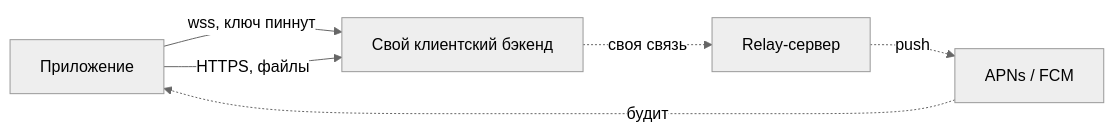
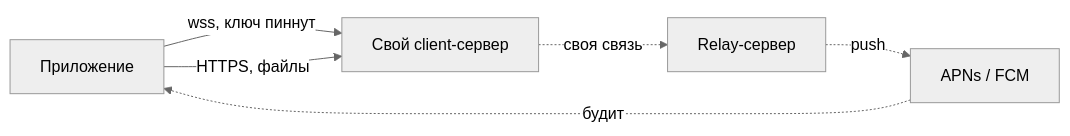
One commit to cyphernet-labs/nox-app changed the first of 3 diagrams in docs/preview/client-backend-connect/client-backend-connect-preview.md. Above: the diagram before and after it, drawn with Mermaid (neutral theme). The commit also changed other lines of this file and 9 other files, not shown here.

First line of the commit message:
docs: unify the client backend as client-сервер

````diff
--- a/docs/preview/client-backend-connect/client-backend-connect-preview.md
+++ b/docs/preview/client-backend-connect/client-backend-connect-preview.md
@@ -25,8 +25,8 @@
 ```mermaid
 flowchart LR
-  APP["Приложение"] -->|"wss, ключ пиннут"| CB["Свой клиентский бэкенд"]
+  APP["Приложение"] -->|"wss, ключ пиннут"| CB["Свой client-сервер"]
   APP -->|"HTTPS, файлы"| CB
   CB -.->|"своя связь"| RELAY["Relay-сервер"]
   RELAY -.->|"push"| APNS["APNs / FCM"]
   APNS -.->|"будит"| APP
 ```
````
